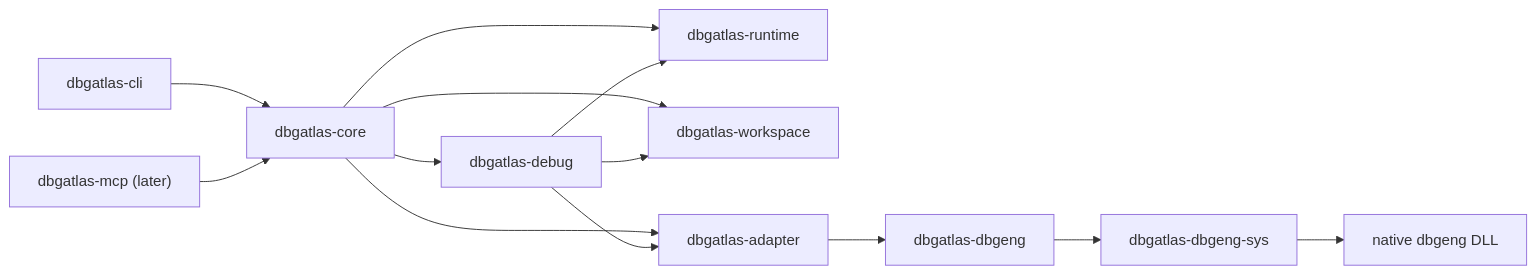
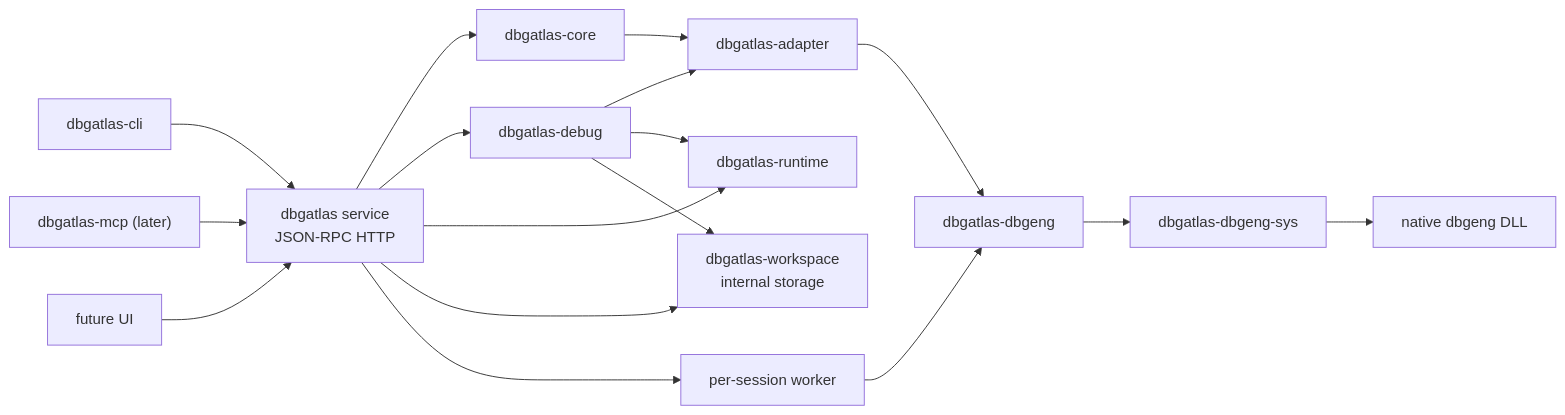
Before and after one commit to dstars-oss/dbgatlas: the diagram in docs/architecture.md, drawn with Mermaid. The commit also changed other lines of this file and 11 other files, not shown here.

Commit message:
Implement service session worker skeleton

````diff
--- a/docs/architecture.md
+++ b/docs/architecture.md
@@ -7,15 +7,19 @@
 ```mermaid
 flowchart LR
-  CLI["dbgatlas-cli"] --> CORE["dbgatlas-core"]
-  MCP["dbgatlas-mcp (later)"] --> CORE
-  CORE --> DEBUG["dbgatlas-debug"]
-  CORE --> RUNTIME["dbgatlas-runtime"]
-  CORE --> WS["dbgatlas-workspace"]
+  CLI["dbgatlas-cli"] --> SVC["dbgatlas service\nJSON-RPC HTTP"]
+  MCP["dbgatlas-mcp (later)"] --> SVC
+  UI["future UI"] --> SVC
+  SVC --> CORE["dbgatlas-core"]
+  SVC --> DEBUG["dbgatlas-debug"]
+  SVC --> RUNTIME["dbgatlas-runtime"]
+  SVC --> WS["dbgatlas-workspace\ninternal storage"]
+  SVC --> WORKER["per-session worker"]
   CORE --> AD["dbgatlas-adapter"]
   DEBUG --> AD
   DEBUG --> RUNTIME
   DEBUG --> WS
+  WORKER --> DBG
   AD --> DBG["dbgatlas-dbgeng"]
   DBG --> SYS["dbgatlas-dbgeng-sys"]
   SYS --> DLL["native dbgeng DLL"]
 ```
````
